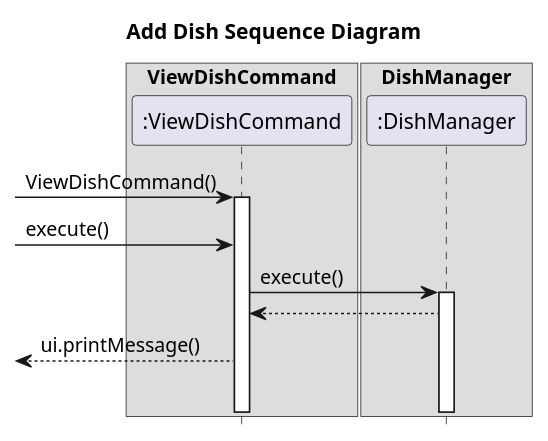
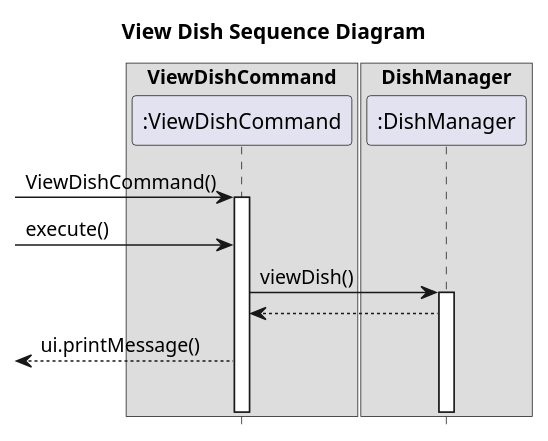
Before and after one commit to nus-cs2113-AY2223S2/tp: the diagram in docs/uml/ViewDishCommandSequenceDiagram.puml, drawn with PlantUML. The commit also changed 3 other files, not shown here.

First line of the commit message:
Add the rest of the Dish UML seqeunce diagrams

```diff
--- a/docs/uml/ViewDishCommandSequenceDiagram.puml
+++ b/docs/uml/ViewDishCommandSequenceDiagram.puml
@@ -1,21 +1,21 @@
 @startuml
 hide footbox
-title Add Dish Sequence Diagram
+title View Dish Sequence Diagram
 
 box "ViewDishCommand"
 participant ":ViewDishCommand" as ViewDishCommand
 endbox
 
 box "DishManager"
 participant ":DishManager" as DishManager
 endbox
 
 -> ViewDishCommand ++ : ViewDishCommand()
 -> ViewDishCommand: execute()
-ViewDishCommand -> DishManager ++ : execute()
+ViewDishCommand -> DishManager ++ : viewDish()
 
 ViewDishCommand <-- DishManager
 <-- ViewDishCommand: ui.printMessage()
 
 |||
 @enduml
```
